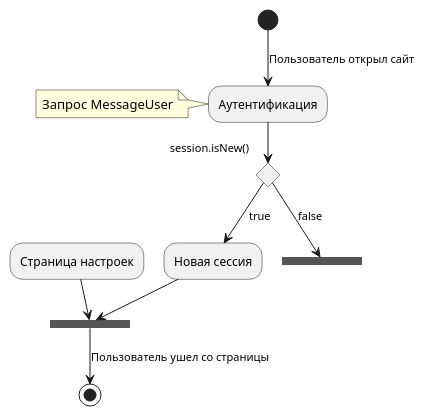
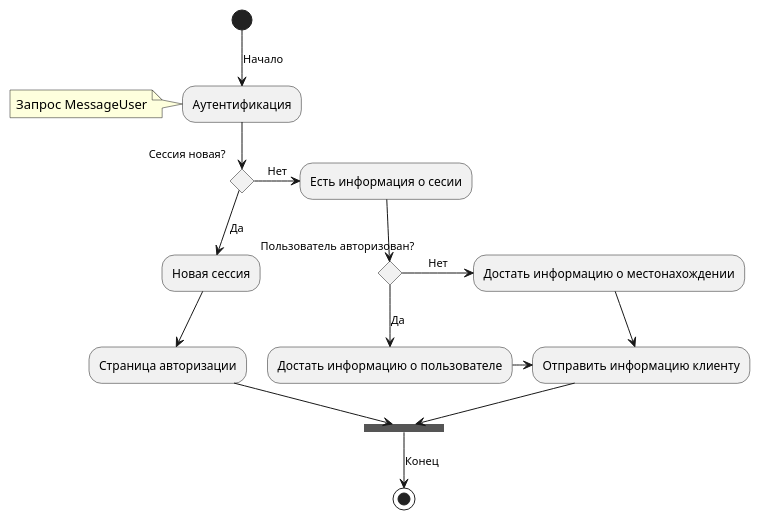
Before and after one commit to GugleGH/proba-pera: the diagram in WebProbaPera/documents/UML/Start.puml, drawn with PlantUML. The commit also changed 34 other files, not shown here.

Commit message:
- Добаленная схема входа на сайт; - При входе посылается запрос на сервер для уточнения активности сесии; - Рализовано построение главной станицы.

```diff
--- a/WebProbaPera/documents/UML/Start.puml
+++ b/WebProbaPera/documents/UML/Start.puml
@@ -1,17 +1,24 @@
 @startuml
 
-(*) --> [Пользователь открыл сайт] "Аутентификация"
+(*) --> [Начало] "Аутентификация"
 note left: Запрос MessageUser
 
-if "session.isNew()" then
-    --> [true] "Новая сессия"
+if "Сессия новая?" then
+    --> [Да] "Новая сессия"
+    --> "Страница авторизации"
+    --> === End === 
 else
-    --> [false] === isAuthentication ===
+    -right-> [Нет] "Есть информация о сесии"
+    if "Пользователь авторизован?" then
+        --> [Да] "Достать информацию о пользователе"
+        -right-> "Отправить информацию клиенту"
+    else
+        -right-> [Нет] "Достать информацию о местонахождении"
+        --> "Отправить информацию клиенту"
+        --> === End === 
+    endif
 endif
 
-"Новая сессия" --> === End === 
-"Страница настроек" --> === End === 
-
-=== End === --> [Пользователь ушел со страницы](*)
+=== End === --> [Конец](*)
 
 @enduml
```
